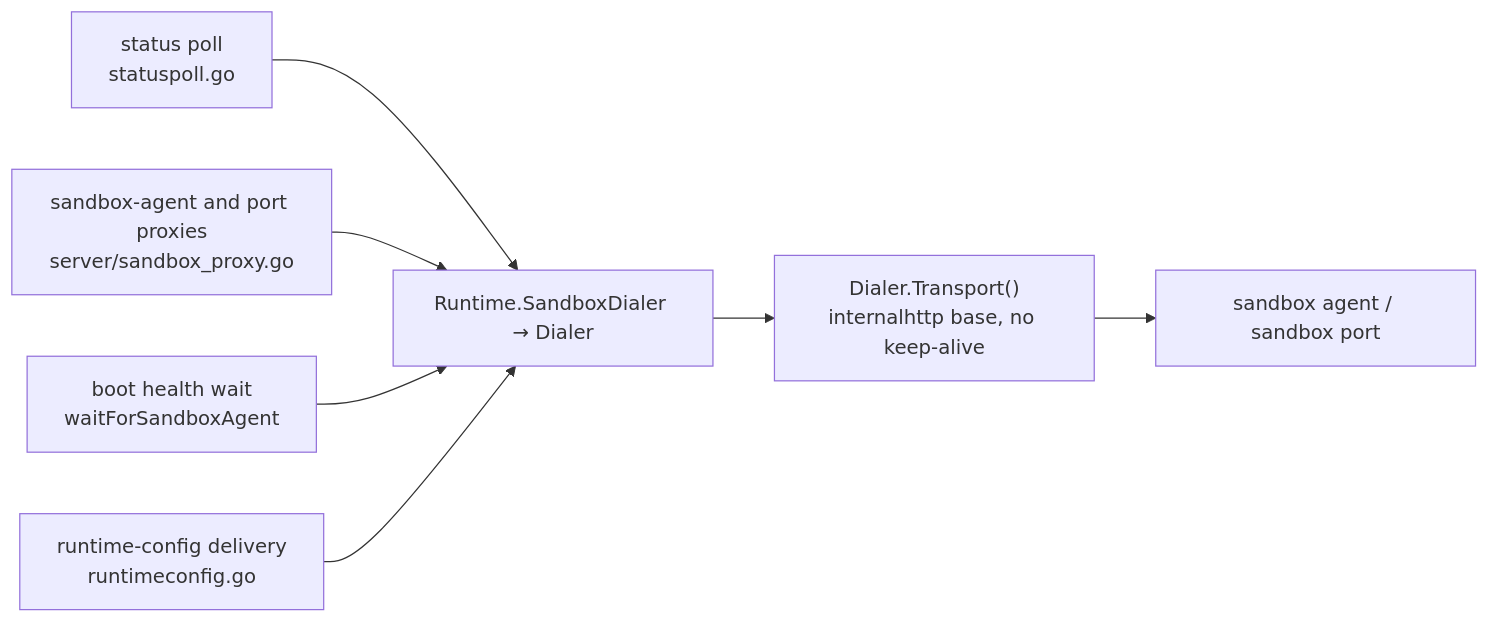
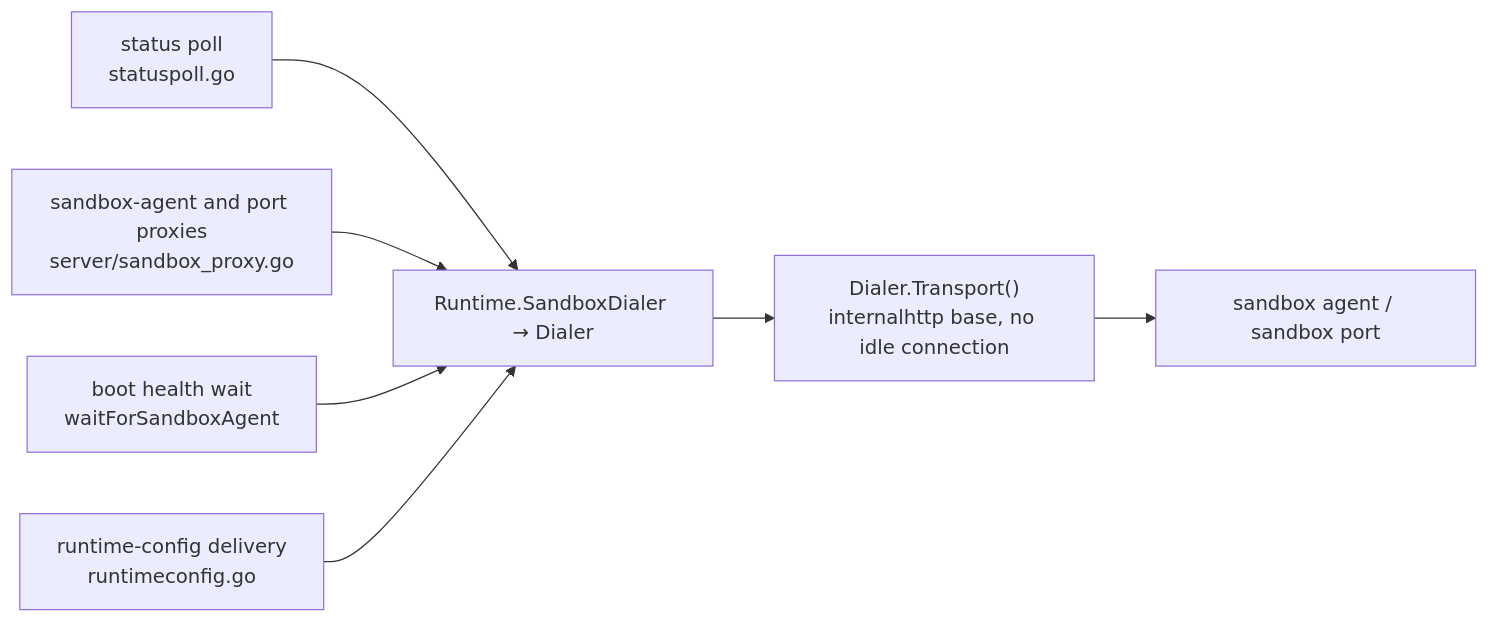
Before and after one commit to discobox-ai/discobox: the first of 8 diagrams in pool-agent/DESIGN.md, drawn with Mermaid. The commit also changed other lines of this file and 2 other files, not shown here.

First line of the commit message:
fix(pool-agent): keep a sandbox request alive so a refusal is heard

````diff
--- a/pool-agent/DESIGN.md
+++ b/pool-agent/DESIGN.md
@@ -240,9 +240,9 @@
 ```mermaid
 flowchart LR
     poll["status poll<br/>statuspoll.go"] --> dialer
     proxy["sandbox-agent and port proxies<br/>server/sandbox_proxy.go"] --> dialer
     health["boot health wait<br/>waitForSandboxAgent"] --> dialer
     deliver["runtime-config delivery<br/>runtimeconfig.go"] --> dialer
-    dialer["Runtime.SandboxDialer → Dialer"] --> transport["Dialer.Transport()<br/>internalhttp base, no keep-alive"]
+    dialer["Runtime.SandboxDialer → Dialer"] --> transport["Dialer.Transport()<br/>internalhttp base, no idle connection"]
     transport --> agent["sandbox agent / sandbox port"]
 ```
````
